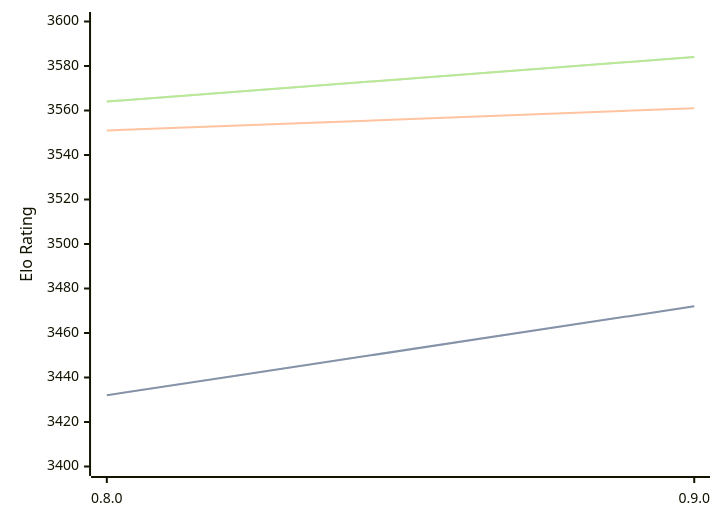
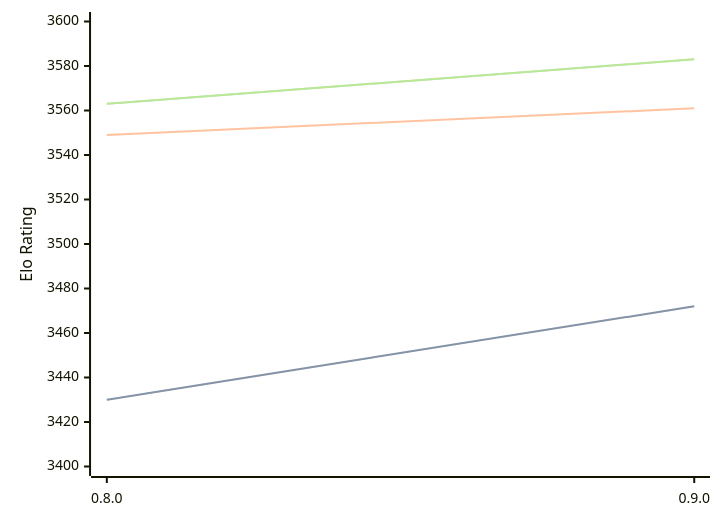
Before and after one commit to computer-chess-index/cci: the diagram in engines/Reckless.md, drawn with Mermaid. The commit also changed other lines of this file, not shown here.

Commit message:
Update CCI Ratings (ELO VLTC) - 2026-07-27

````diff
--- a/engines/Reckless.md
+++ b/engines/Reckless.md
@@ -39,11 +39,11 @@
 ```mermaid
 %%{init: {"theme":"base","themeVariables":{"seriesColors:['#a3a3a3','#222221','#faa371']}}}%%
 xychart-beta
   x-axis ["0.8.0", "0.9.0"]
   y-axis "Elo Rating" 3400 --> 3600
-  line "STC (8.0+0.08s)" [3432, 3472]
-  line "STC (8.0+0.08s)" [3432, 3472]
-  line "LTC (60.0+0.60s)" [3551, 3561]
-  line "VLTC (2m24s+1.12s)" [3564, 3584]
-  line "VLTC (2m24s+1.12s)" [3564, 3584]
+  line "STC (8.0+0.08s)" [3430, 3472]
+  line "STC (8.0+0.08s)" [3430, 3472]
+  line "LTC (60.0+0.60s)" [3549, 3561]
+  line "VLTC (2m24s+1.12s)" [3563, 3583]
+  line "VLTC (2m24s+1.12s)" [3563, 3583]
 ```
````
